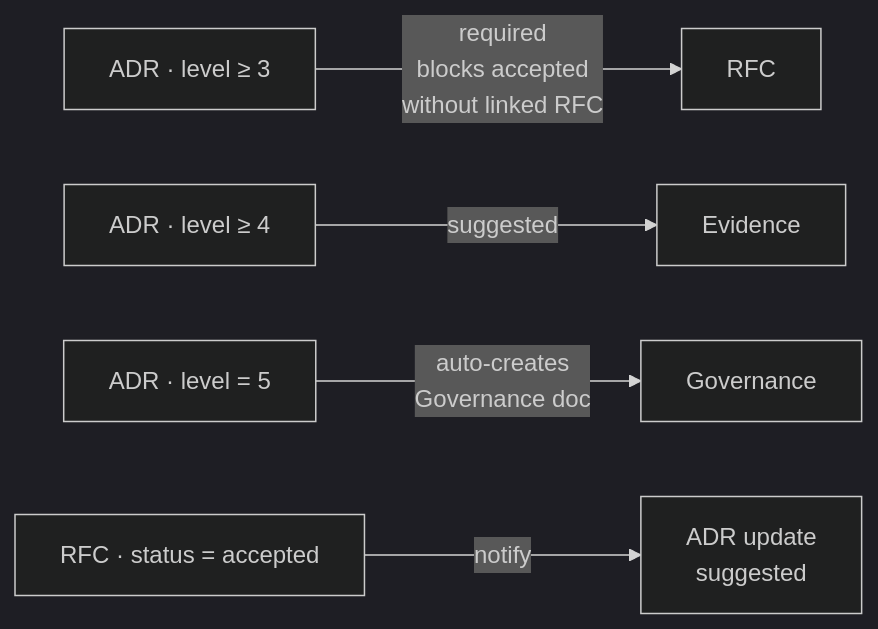
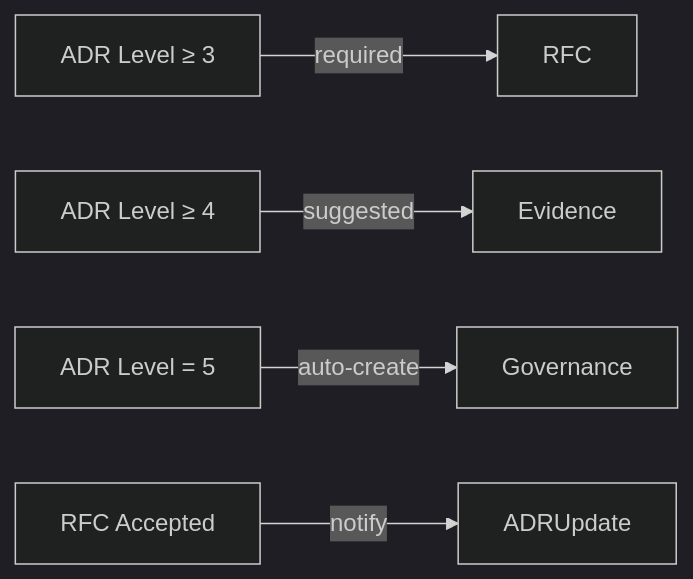
Before and after one commit to sophie-pyxis/adr_hub: diagram 12 of 15 in README.md, drawn with Mermaid (dark theme). The commit also changed other lines of this file, not shown here.

First line of the commit message:
Simplify architectural diagrams for enterprise readability

````diff
--- a/README.md
+++ b/README.md
@@ -251,7 +348,7 @@
 ```mermaid
 flowchart LR
-    ADR3["ADR · level ≥ 3"]         -->|"required<br/>blocks accepted<br/>without linked RFC"| RFC
-    ADR4["ADR · level ≥ 4"]         -->|suggested| EVI[Evidence]
-    ADR5["ADR · level = 5"]         -->|"auto-creates<br/>Governance doc"| GOV[Governance]
-    RFCA["RFC · status = accepted"] -->|notify| ADRUPD["ADR update<br/>suggested"]
+    ADR3["ADR Level ≥ 3"] -->|required| RFC
+    ADR4["ADR Level ≥ 4"] -->|suggested| Evidence
+    ADR5["ADR Level = 5"] -->|auto-create| Governance
+    RFCA["RFC Accepted"] -->|notify| ADRUpdate
 ```
````
